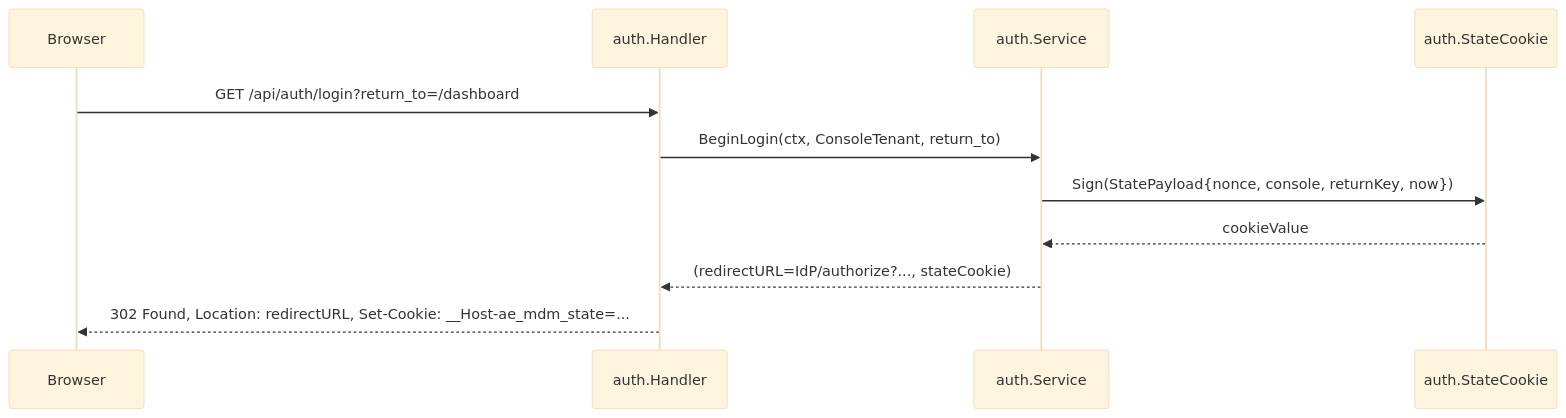
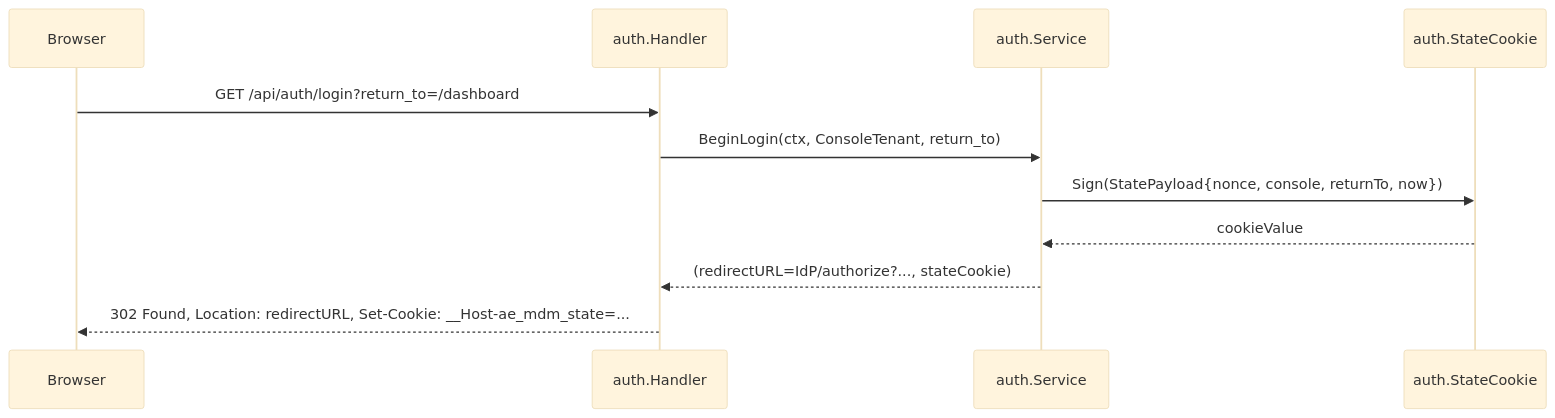
One commit to hitoshiichikawa/ae-mdm changed the third of 6 diagrams in docs/specs/33--a3a-oidc-verifier-session/design.md. Above: the diagram before and after it, drawn with Mermaid (base theme). The commit also changed other lines of this file, not shown here.

````diff
--- a/docs/specs/33--a3a-oidc-verifier-session/design.md
+++ b/docs/specs/33--a3a-oidc-verifier-session/design.md
@@ -748,13 +771,13 @@
 ```mermaid
 sequenceDiagram
     participant B as Browser
     participant H as auth.Handler
     participant S as auth.Service
     participant SC as auth.StateCookie
     B->>H: GET /api/auth/login?return_to=/dashboard
     H->>S: BeginLogin(ctx, ConsoleTenant, return_to)
-    S->>SC: Sign(StatePayload{nonce, console, returnKey, now})
+    S->>SC: Sign(StatePayload{nonce, console, returnTo, now})
     SC-->>S: cookieValue
     S-->>H: (redirectURL=IdP/authorize?..., stateCookie)
     H-->>B: 302 Found, Location: redirectURL, Set-Cookie: __Host-ae_mdm_state=...
 ```
````
